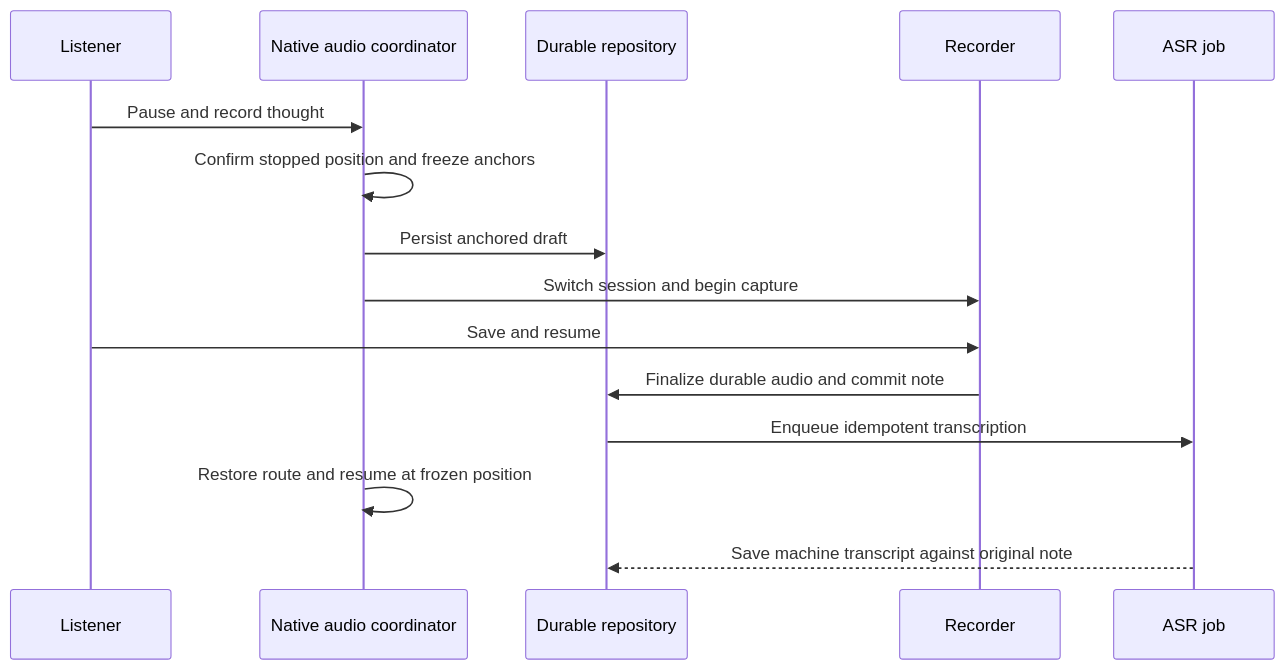
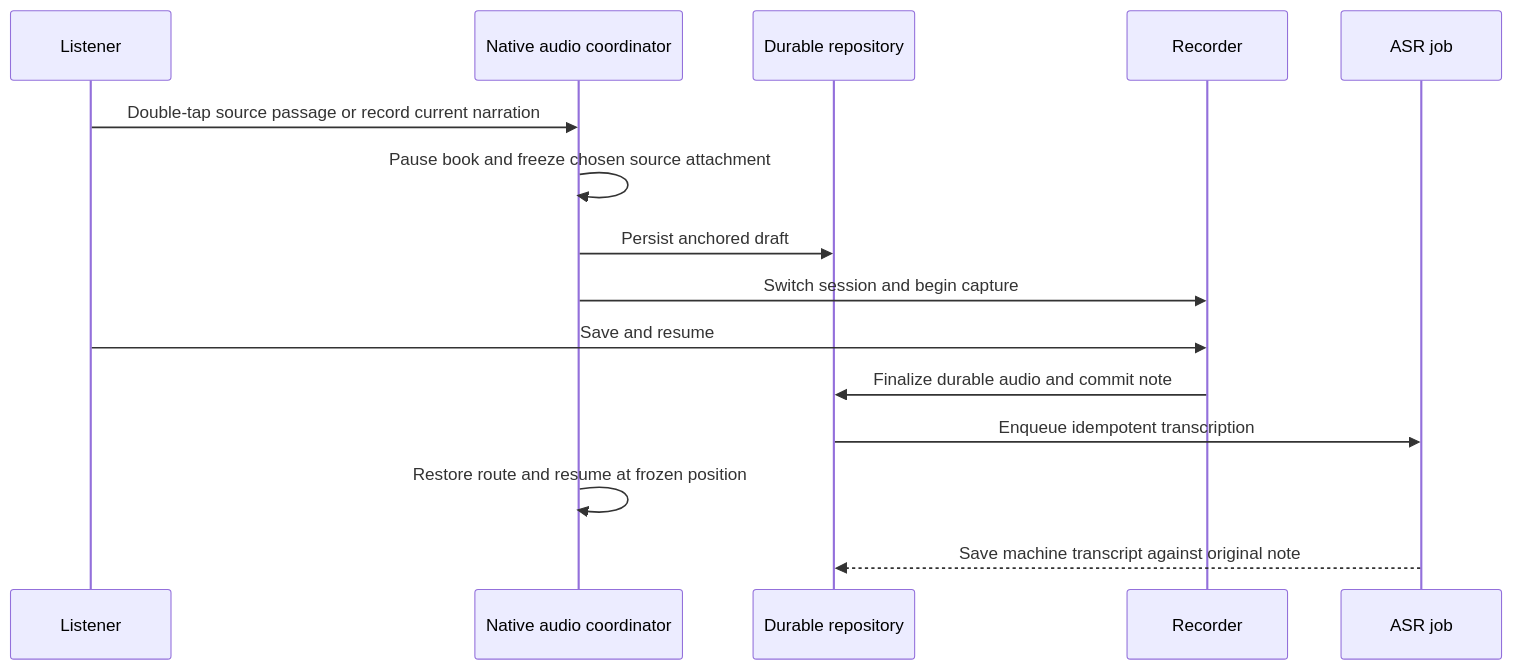
Before and after one commit to atlasmoth/rhapsodos: the second of 2 diagrams in ARCHITECTURE.md, drawn with Mermaid. The commit also changed other lines of this file and 16 other files, not shown here.

Commit message:
Record voice notes by double-tapping prepared passages

````diff
--- a/ARCHITECTURE.md
+++ b/ARCHITECTURE.md
@@ -130,17 +130,17 @@
 ```mermaid
 sequenceDiagram
     participant U as Listener
     participant A as Native audio coordinator
     participant D as Durable repository
     participant R as Recorder
     participant J as ASR job
-    U->>A: Pause and record thought
-    A->>A: Confirm stopped position and freeze anchors
+    U->>A: Double-tap source passage or record current narration
+    A->>A: Pause book and freeze chosen source attachment
     A->>D: Persist anchored draft
     A->>R: Switch session and begin capture
     U->>R: Save and resume
     R->>D: Finalize durable audio and commit note
     D->>J: Enqueue idempotent transcription
     A->>A: Restore route and resume at frozen position
     J-->>D: Save machine transcript against original note
 ```
````
